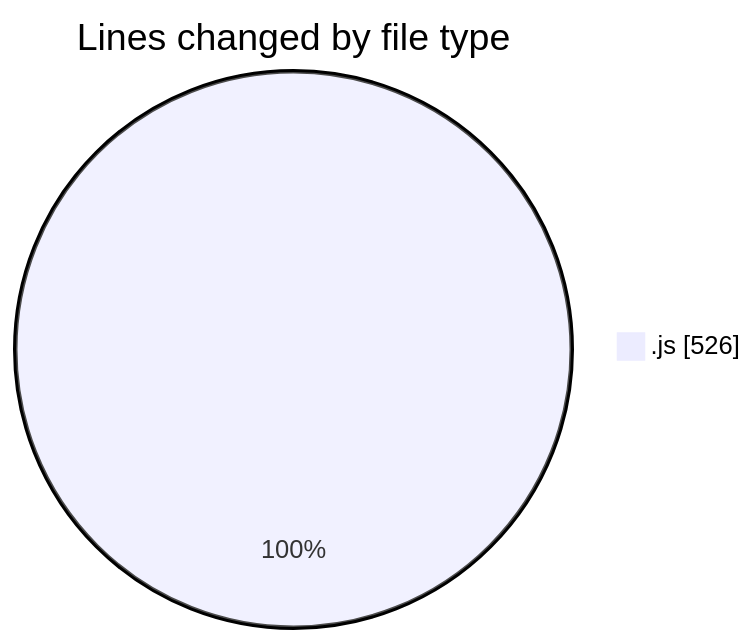
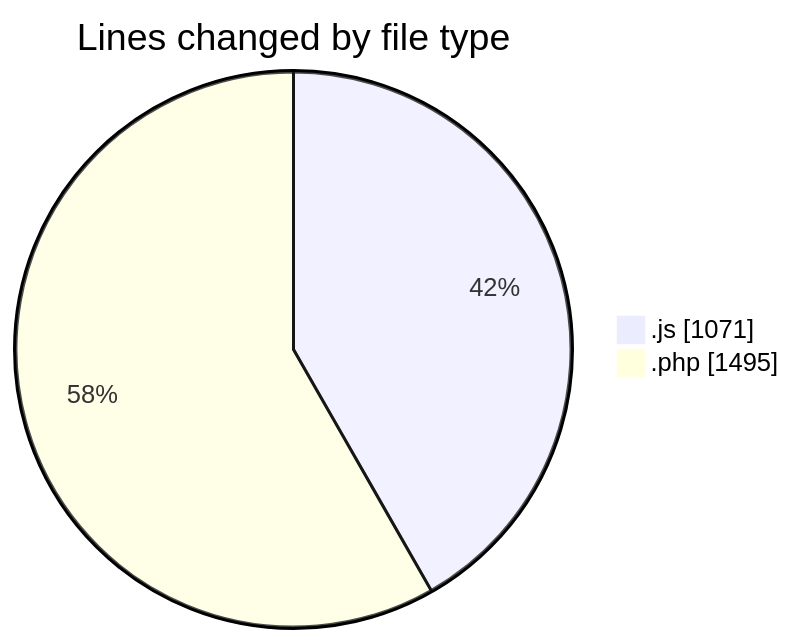
The first of 2 diagrams in 2026-07-22/wp-content/README.md (debugP/code-tracking), drawn with Mermaid before and after one commit. The commit also changed other lines of this file and 1 other file, not shown here.

````diff
--- a/2026-07-22/wp-content/README.md
+++ b/2026-07-22/wp-content/README.md
@@ -20,5 +22,6 @@
 ```mermaid
 pie showData
 title Lines changed by file type
-".js" : 526
+".js" : 1071
+".php" : 1495
 ```
````
